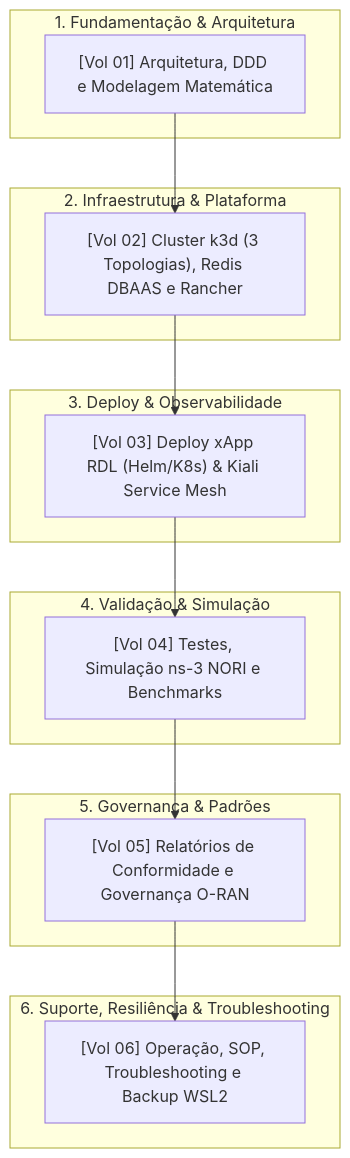
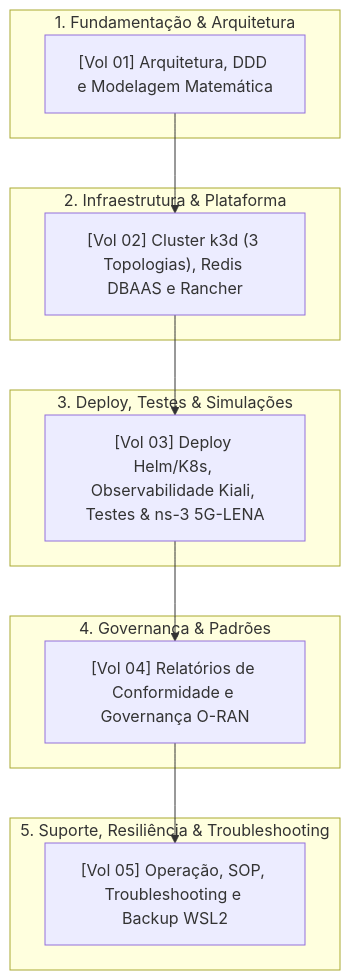
The diagram in docs/README.md (georgebarbosa3090/XApp-RDL-F1), drawn with Mermaid before and after one commit. The commit also changed other lines of this file and 13 other files, not shown here.

Commit message:
fix(ns3): add 5G-LENA contrib/nr clone and fallback guards; docs: unify deploy and simulation guides into Volume 03

````diff
--- a/docs/README.md
+++ b/docs/README.md
@@ -16,28 +16,24 @@
 ```mermaid
 graph TD
     subgraph S1["1. Fundamentação & Arquitetura"]
         V01["[Vol 01] Arquitetura, DDD e Modelagem Matemática"]
     end
 
     subgraph S2["2. Infraestrutura & Plataforma"]
         V02["[Vol 02] Cluster k3d (3 Topologias), Redis DBAAS e Rancher"]
     end
 
-    subgraph S3["3. Deploy & Observabilidade"]
-        V03["[Vol 03] Deploy xApp RDL (Helm/K8s) & Kiali Service Mesh"]
+    subgraph S3["3. Deploy, Testes & Simulações"]
+        V03["[Vol 03] Deploy Helm/K8s, Observabilidade Kiali, Testes & ns-3 5G-LENA"]
     end
 
-    subgraph S4["4. Validação & Simulação"]
-        V04["[Vol 04] Testes, Simulação ns-3 NORI e Benchmarks"]
+    subgraph S4["4. Governança & Padrões"]
+        V04["[Vol 04] Relatórios de Conformidade e Governança O-RAN"]
     end
 
-    subgraph S5["5. Governança & Padrões"]
-        V05["[Vol 05] Relatórios de Conformidade e Governança O-RAN"]
+    subgraph S5["5. Suporte, Resiliência & Troubleshooting"]
+        V05["[Vol 05] Operação, SOP, Troubleshooting e Backup WSL2"]
     end
 
-    subgraph S6["6. Suporte, Resiliência & Troubleshooting"]
-        V06["[Vol 06] Operação, SOP, Troubleshooting e Backup WSL2"]
-    end
-
-    V01 --> V02 --> V03 --> V04 --> V05 --> V06
+    V01 --> V02 --> V03 --> V04 --> V05
 ```
````
